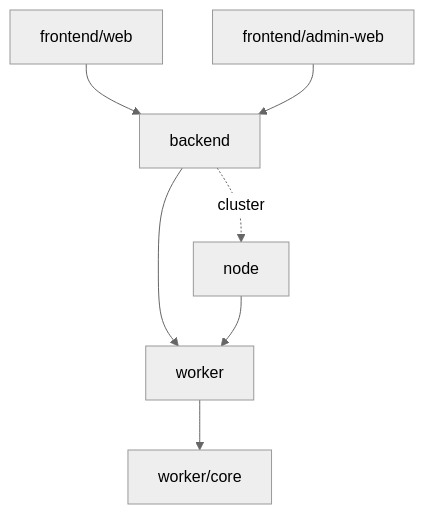
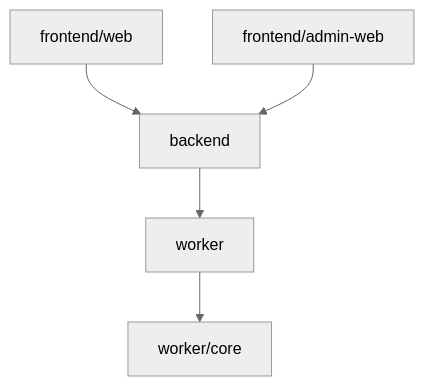
One commit to zzc-101/Kross changed the first of 2 diagrams in docs/technical-overview.md. Above: the diagram before and after it, drawn with Mermaid (neutral theme). The commit also changed other lines of this file and 82 other files, not shown here.

````diff
--- a/docs/technical-overview.md
+++ b/docs/technical-overview.md
@@ -7,9 +7,7 @@
 ```mermaid
 flowchart TB
     WEB["frontend/web"] --> BACKEND["backend"]
     ADMIN["frontend/admin-web"] --> BACKEND
     BACKEND --> WORKER["worker"]
-    BACKEND -. cluster .-> NODE["node"]
-    NODE --> WORKER
     WORKER --> CORE["worker/core"]
 ```
````
